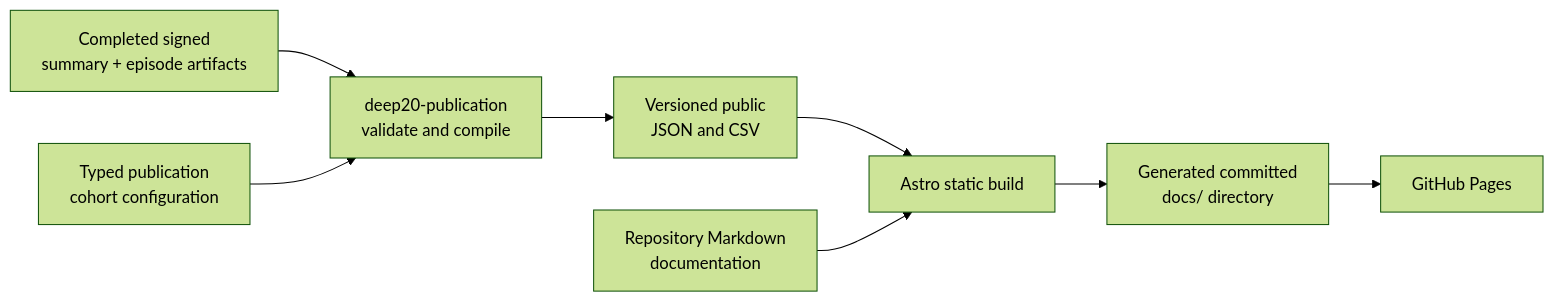
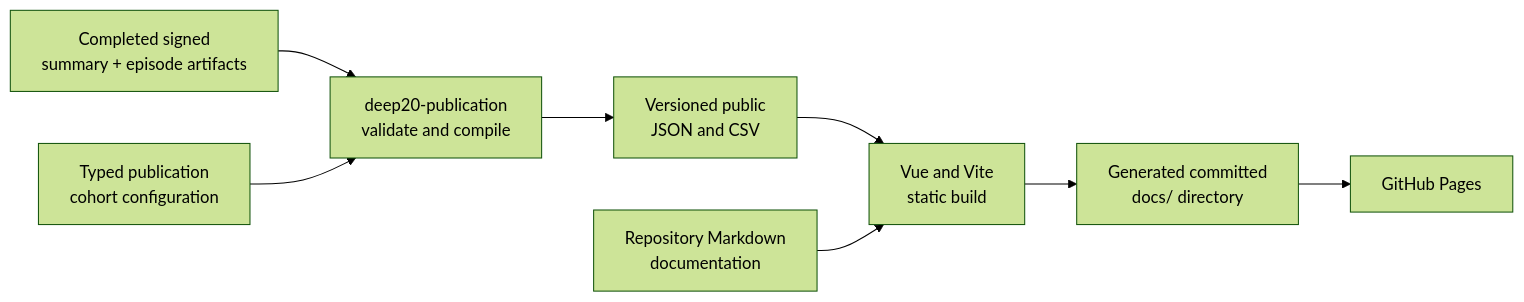
Before and after one commit to mindalyze-com/deep-20-bench: the diagram in documentation/homepage-creation.md, drawn with Mermaid (forest theme). The commit also changed other lines of this file and 587 other files, not shown here.

````diff
--- a/documentation/homepage-creation.md
+++ b/documentation/homepage-creation.md
@@ -85,10 +85,10 @@
 ```mermaid
 flowchart LR
     A["Completed signed<br/>summary + episode artifacts"] --> B["deep20-publication<br/>validate and compile"]
     C["Typed publication<br/>cohort configuration"] --> B
     B --> D["Versioned public<br/>JSON and CSV"]
-    D --> E["Astro static build"]
+    D --> E["Vue and Vite<br/>static build"]
     F["Repository Markdown<br/>documentation"] --> E
     E --> G["Generated committed<br/>docs/ directory"]
     G --> H["GitHub Pages"]
 ```
````
